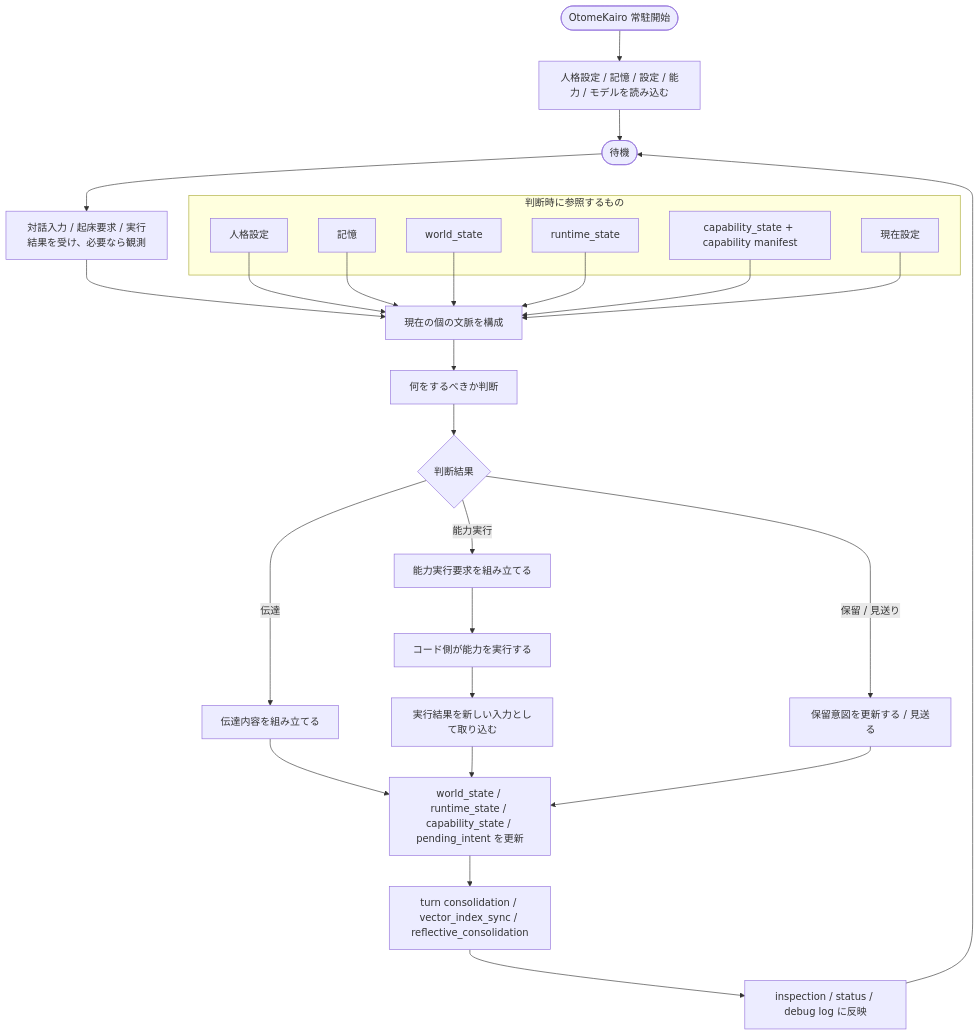
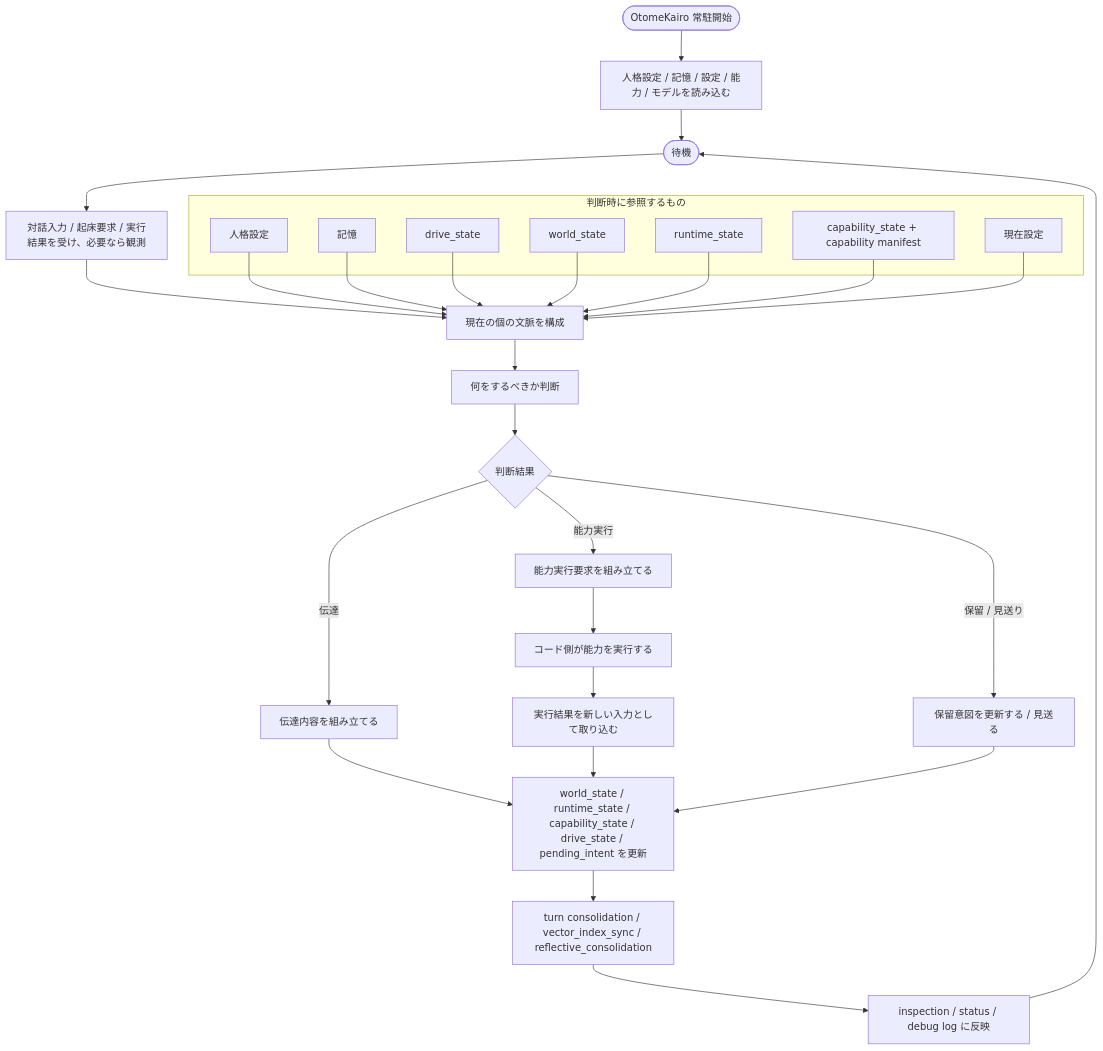
One commit to hirona98/OtomeKairo changed the first of 4 diagrams in docs/plan/02_現行処理フロー.md. Above: the diagram before and after it, drawn with Mermaid. The commit also changed other lines of this file and 13 other files, not shown here.

````diff
--- a/docs/plan/02_現行処理フロー.md
+++ b/docs/plan/02_現行処理フロー.md
@@ -36,53 +36,55 @@
 ```mermaid
 flowchart TD
     Start([OtomeKairo 常駐開始])
     Load["人格設定 / 記憶 / 設定 / 能力 / モデルを読み込む"]
     Wait([待機])
 
     Observe["対話入力 / 起床要求 / 実行結果を受け、必要なら観測"]
     Build["現在の個の文脈を構成"]
     Decide["何をするべきか判断"]
     Branch{"判断結果"}
 
     Communicate["伝達内容を組み立てる"]
     Plan["能力実行要求を組み立てる"]
     Hold["保留意図を更新する / 見送る"]
     Execute["コード側が能力を実行する"]
     ObserveResult["実行結果を新しい入力として取り込む"]
-    UpdateState["world_state / runtime_state / capability_state / pending_intent を更新"]
+    UpdateState["world_state / runtime_state / capability_state / drive_state / pending_intent を更新"]
     UpdateMemory["turn consolidation / vector_index_sync / reflective_consolidation"]
     Inspect["inspection / status / debug log に反映"]
 
     subgraph Ref["判断時に参照するもの"]
         Persona["人格設定"]
         Memory["記憶"]
+        Drive["drive_state"]
         World["world_state"]
         Runtime["runtime_state"]
         Capability["capability_state + capability manifest"]
         Settings["現在設定"]
     end
 
     Start --> Load
     Load --> Wait
     Wait --> Observe
     Observe --> Build
     Persona --> Build
     Memory --> Build
+    Drive --> Build
     World --> Build
     Runtime --> Build
     Capability --> Build
     Settings --> Build
     Build --> Decide
     Decide --> Branch
     Branch -->|伝達| Communicate
     Branch -->|能力実行| Plan
     Branch -->|保留 / 見送り| Hold
     Communicate --> UpdateState
     Plan --> Execute
     Execute --> ObserveResult
     ObserveResult --> UpdateState
     Hold --> UpdateState
     UpdateState --> UpdateMemory
     UpdateMemory --> Inspect
     Inspect --> Wait
 ```
````
